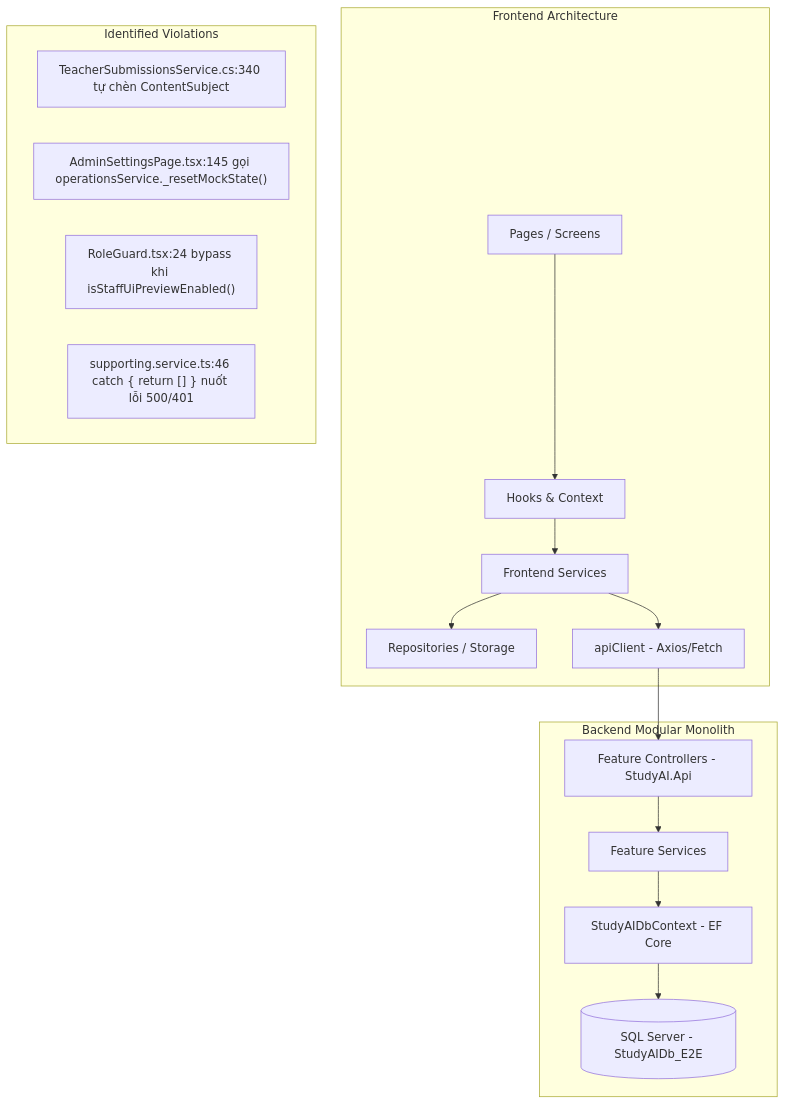
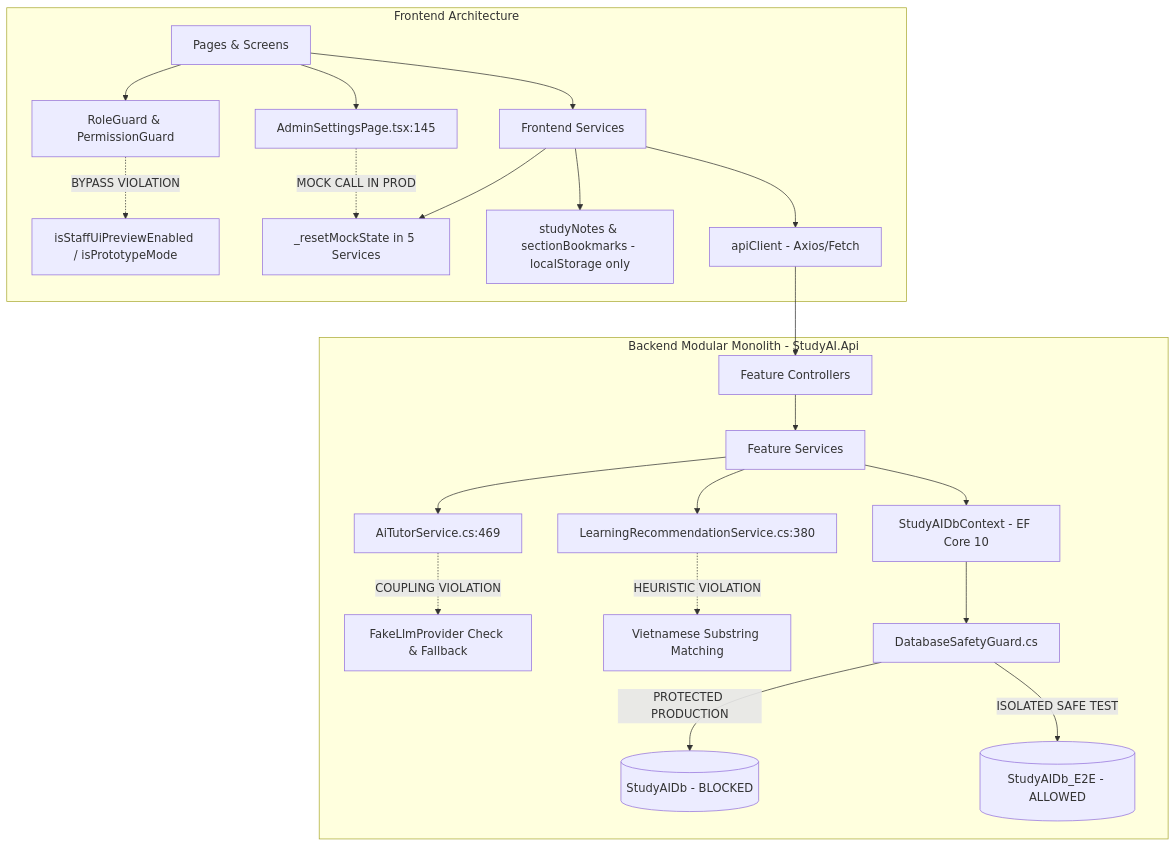
One commit to hthuyngan/STUDY_AI- changed the diagram in docs/audit/ANTIGRAVITY_CURRENT_SYSTEM_STATUS_REPORT.md. Above: the diagram before and after it, drawn with Mermaid. The commit also changed other lines of this file, not shown here.

Commit message:
docs(audit): update system status report with exhaustive 31 integration test failures and 236 endpoint matrix for codex review round 2

````diff
--- a/docs/audit/ANTIGRAVITY_CURRENT_SYSTEM_STATUS_REPORT.md
+++ b/docs/audit/ANTIGRAVITY_CURRENT_SYSTEM_STATUS_REPORT.md
@@ -48,23 +113,26 @@
 ```mermaid
 graph TD
     subgraph Frontend Architecture
-        P[Pages / Screens] --> H[Hooks & Context]
-        H --> S[Frontend Services]
-        S --> R[Repositories / Storage]
-        S --> C[apiClient - Axios/Fetch]
+        UI[Pages & Screens] --> Guards[RoleGuard & PermissionGuard]
+        Guards -.->|BYPASS VIOLATION| Proto[isStaffUiPreviewEnabled / isPrototypeMode]
+        UI --> Svc[Frontend Services]
+        Svc --> MockState[_resetMockState in 5 Services]
+        UI --> ProdPage[AdminSettingsPage.tsx:145]
+        ProdPage -.->|MOCK CALL IN PROD| MockState
+        Svc --> LocalStore[studyNotes & sectionBookmarks - localStorage only]
+        Svc --> ApiClient[apiClient - Axios/Fetch]
     end
 
-    subgraph Backend Modular Monolith
-        C --> Ctrl[Feature Controllers - StudyAI.Api]
-        Ctrl --> Svc[Feature Services]
-        Svc --> DbContext[StudyAIDbContext - EF Core]
-        DbContext --> Sql[(SQL Server - StudyAIDb_E2E)]
-    end
-
-    subgraph Identified Violations
-        V1["TeacherSubmissionsService.cs:340 tự chèn ContentSubject"]
-        V2["AdminSettingsPage.tsx:145 gọi operationsService._resetMockState()"]
-        V3["RoleGuard.tsx:24 bypass khi isStaffUiPreviewEnabled()"]
-        V4["supporting.service.ts:46 catch { return [] } nuốt lỗi 500/401"]
+    subgraph Backend Modular Monolith - StudyAI.Api
+        ApiClient --> Ctrl[Feature Controllers]
+        Ctrl --> FeatureSvc[Feature Services]
+        FeatureSvc --> AiTutor[AiTutorService.cs:469]
+        AiTutor -.->|COUPLING VIOLATION| FakeLlm[FakeLlmProvider Check & Fallback]
+        FeatureSvc --> RecSvc[LearningRecommendationService.cs:380]
+        RecSvc -.->|HEURISTIC VIOLATION| HardcodeStr[Vietnamese Substring Matching]
+        FeatureSvc --> DbContext[StudyAIDbContext - EF Core 10]
+        DbContext --> GuardCheck[DatabaseSafetyGuard.cs]
+        GuardCheck -->|PROTECTED PRODUCTION| ProdDb[(StudyAIDb - BLOCKED)]
+        GuardCheck -->|ISOLATED SAFE TEST| E2EDb[(StudyAIDb_E2E - ALLOWED)]
     end
 ```
````
